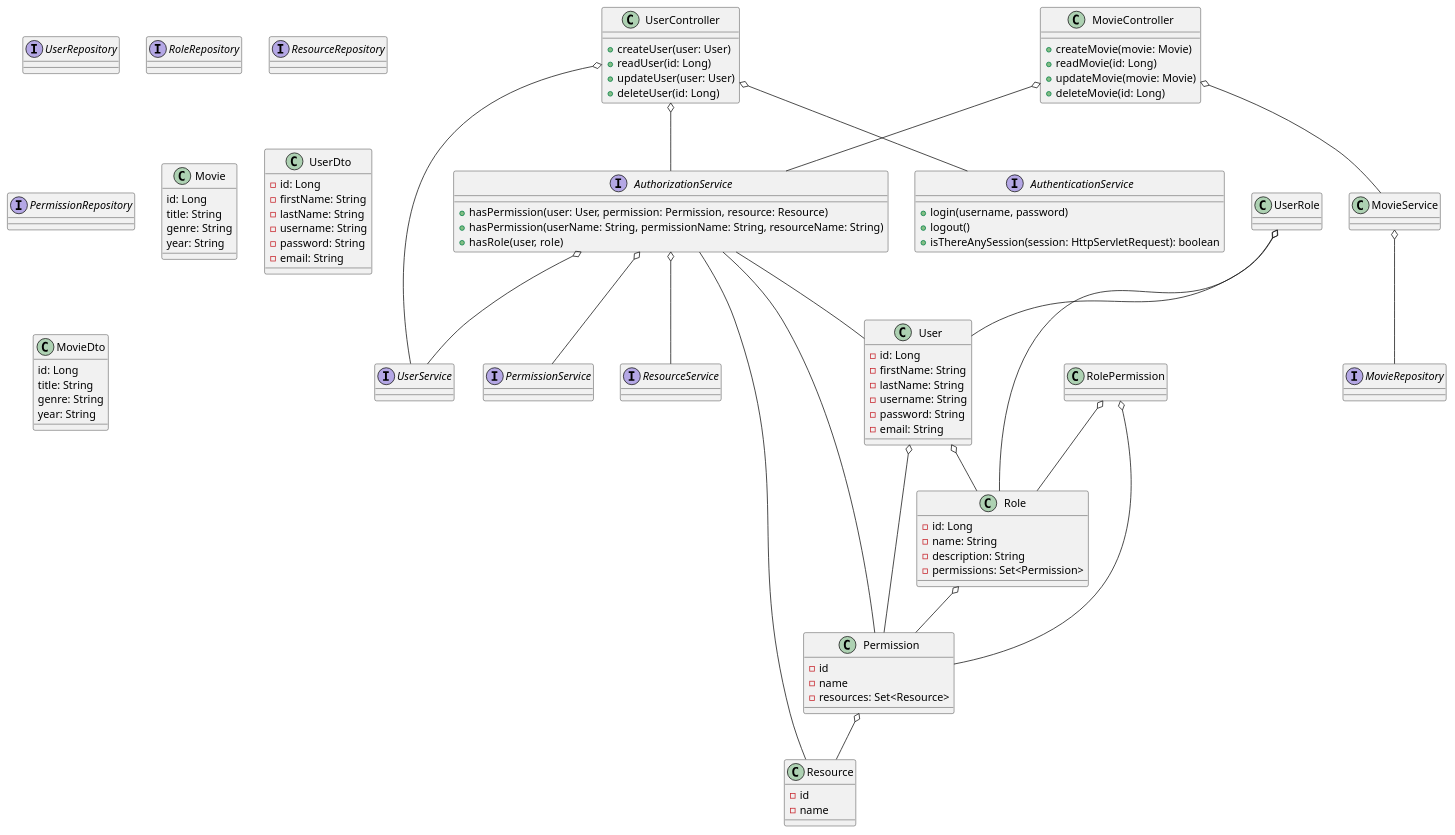
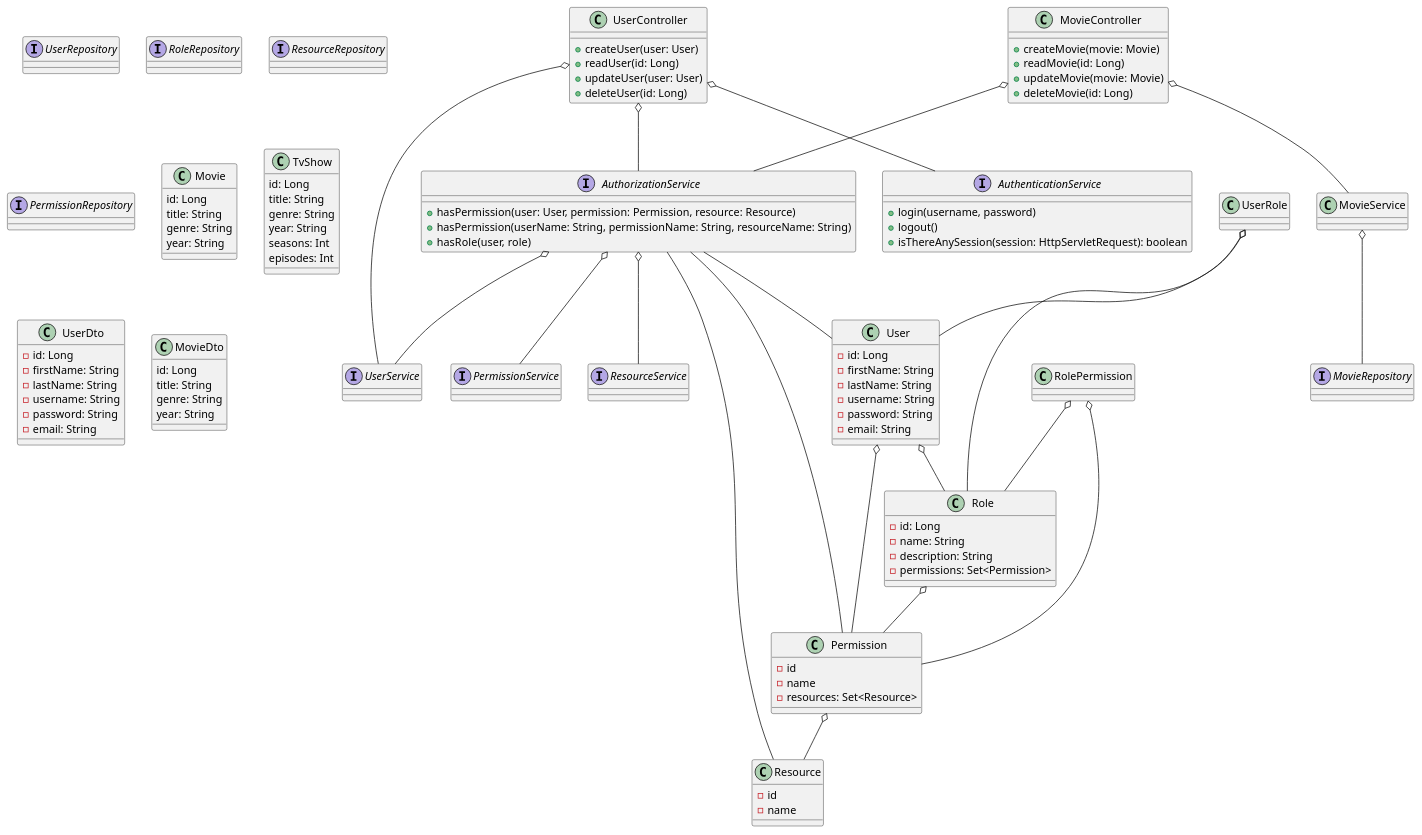
Before and after one commit to azambrana/onlinemovies: the diagram in src/diagrams/class-diagram.puml, drawn with PlantUML. The commit also changed 13 other files, not shown here.

```diff
--- a/src/diagrams/class-diagram.puml
+++ b/src/diagrams/class-diagram.puml
@@ -1,156 +1,167 @@
 @startuml
 'https://plantuml.com/class-diagram
 
 'RBAC role based access control
 'CRUD Create Read Update Delete
 
 interface AuthorizationService
 interface UserService
 interface PermissionService
 interface ResourceService
 
 interface MovieRepository
 interface UserRepository
 interface RoleRepository
 interface ResourceRepository
 interface PermissionRepository
 
 class User
 'class UserDetails
 'class Profile
 'class Account
 'class Credential
 class Role
 class UserRole
 class Permission
 class Movie
 
 ' 1, "CREATE", "USER", "create user"
 ' 2, "READ", "USER", "read user"
 ' 3, "CREATE", "MOVIE", "create movie"
 ' 4, "READ", "MOVIE", "read movie"
 
 class RolePermission
 
 User o-- Role
 User o-- Permission
 Role o-- Permission
 Permission o-- Resource
 
 RolePermission o-- Permission
 RolePermission o-- Role
 
 UserRole o-- User
 UserRole o-- Role
 
 AuthorizationService -- User
 AuthorizationService -- Permission
 AuthorizationService -- Resource
 
 AuthorizationService o-- UserService
 AuthorizationService o-- PermissionService
 AuthorizationService o-- ResourceService
 
 ' entities
 class User {
     -id: Long
     -firstName: String
     -lastName: String
     -username: String
     -password: String
     -email: String
 
     ' getter and setters
 }
 
 class Role {
     -id: Long
     -name: String
     -description: String
     -permissions: Set<Permission>
 
     ' getter and setters
 }
 
 class Permission {
     -id
     -name
     -resources: Set<Resource>
     ' getter and setters
 }
 
 class Resource {
     -id
     -name
     ' getter and setters
 }
 
 class Movie {
     id: Long
     title: String
     genre: String
     year: String
 
     ' getter and setters
 }
 
+class TvShow {
+    id: Long
+    title: String
+    genre: String
+    year: String
+    seasons: Int
+    episodes: Int
+
+    ' getter and setters
+}
+
 ' dtos
 
 class UserDto {
     -id: Long
     -firstName: String
     -lastName: String
     -username: String
     -password: String
     -email: String
 
     ' getter and setters
 }
 
 
 class MovieDto {
     id: Long
     title: String
     genre: String
     year: String
 
     ' getter and setters
 }
 ' interfaces
 
 interface AuthorizationService {
     +hasPermission(user: User, permission: Permission, resource: Resource)
     +hasPermission(userName: String, permissionName: String, resourceName: String)
     +hasRole(user, role)
 }
 
 interface AuthenticationService {
     +login(username, password)
     +logout()
     +isThereAnySession(session: HttpServletRequest): boolean
 }
 
 ' controllers
 UserController o-- UserService
 UserController o-- AuthorizationService
 UserController o-- AuthenticationService
 
 class UserController {
     +createUser(user: User)
     +readUser(id: Long)
     +updateUser(user: User)
     +deleteUser(id: Long)
 }
 
 MovieService o-- MovieRepository
 MovieController o-- MovieService
 MovieController o-- AuthorizationService
 
 class MovieController {
     +createMovie(movie: Movie)
     +readMovie(id: Long)
     +updateMovie(movie: Movie)
     +deleteMovie(id: Long)
 }
 
 @enduml
```
